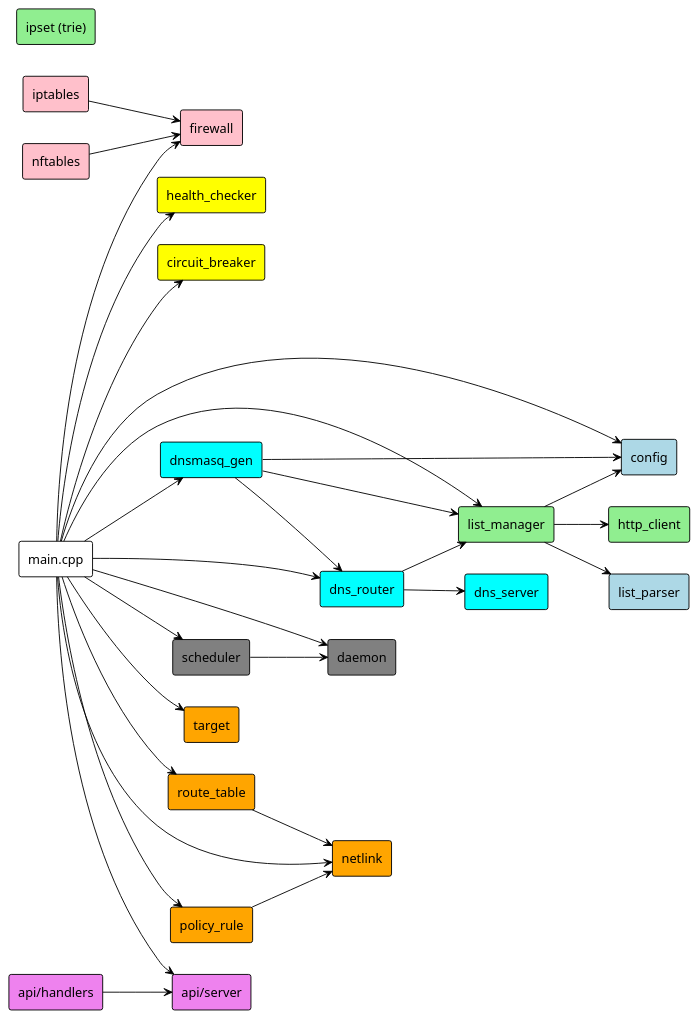
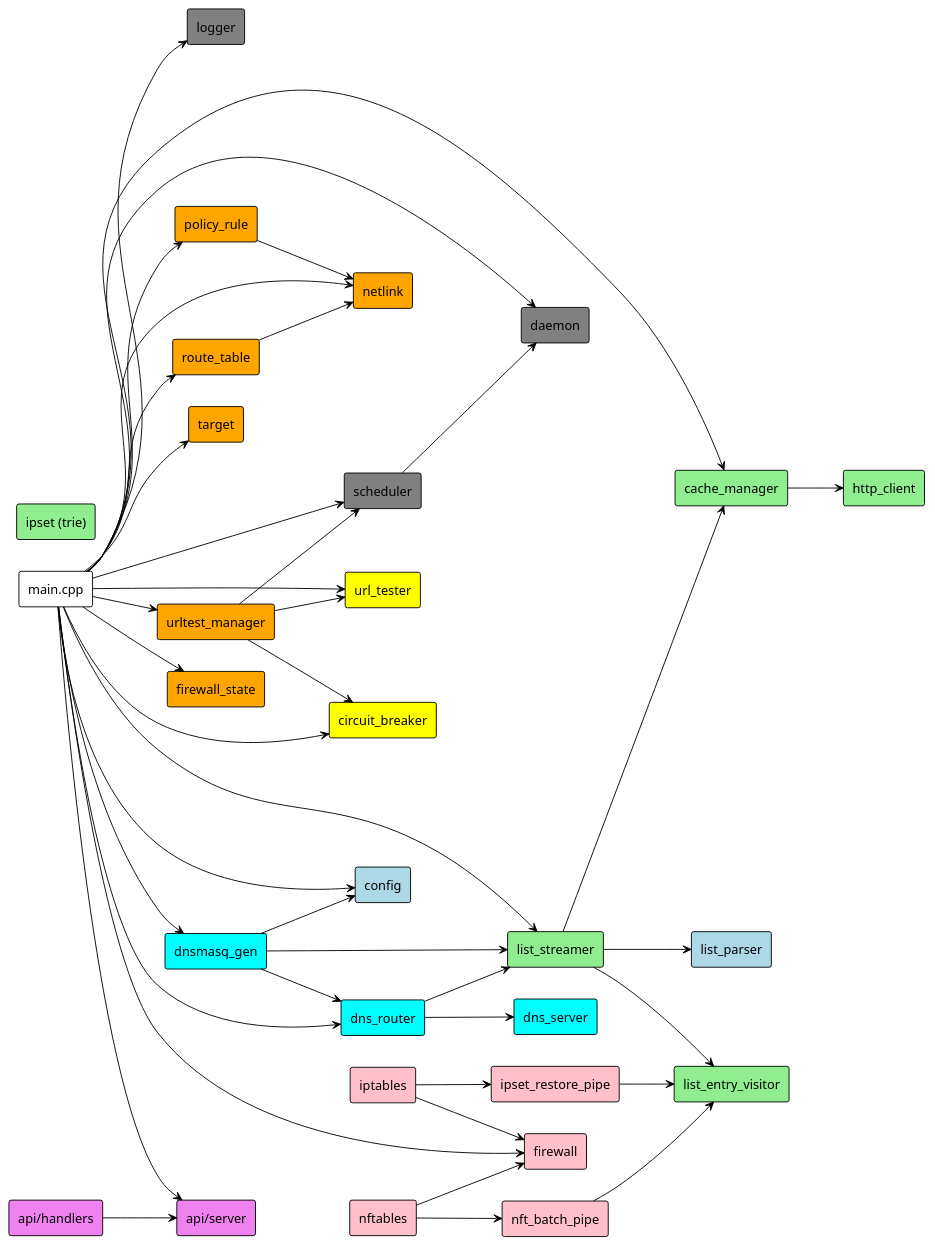
The third of 16 diagrams in STATE.md (maksimkurb/keen-pbr), drawn with PlantUML before and after one commit. The commit also changed other lines of this file and 5 other files, not shown here.

````diff
--- a/STATE.md
+++ b/STATE.md
@@ -196,65 +224,79 @@
 ```plantuml
 @startuml dependencies
 !theme plain
 skinparam backgroundColor white
 left to right direction
 
 rectangle "main.cpp" as main
 rectangle "config" as config #LightBlue
 rectangle "list_parser" as lp #LightBlue
 rectangle "http_client" as http #LightGreen
-rectangle "list_manager" as lm #LightGreen
+rectangle "cache_manager" as cache #LightGreen
+rectangle "list_streamer" as ls #LightGreen
+rectangle "list_entry_visitor" as lev #LightGreen
 rectangle "ipset (trie)" as ipset #LightGreen
 rectangle "target" as target #Orange
 rectangle "netlink" as netlink #Orange
 rectangle "route_table" as rt #Orange
 rectangle "policy_rule" as pr #Orange
+rectangle "firewall_state" as fs #Orange
+rectangle "urltest_manager" as um #Orange
 rectangle "firewall" as fw #Pink
 rectangle "iptables" as ipt #Pink
 rectangle "nftables" as nft #Pink
-rectangle "health_checker" as hc #Yellow
+rectangle "ipset_restore_pipe" as irp #Pink
+rectangle "nft_batch_pipe" as nbp #Pink
+rectangle "url_tester" as ut #Yellow
 rectangle "circuit_breaker" as cb #Yellow
 rectangle "dns_server" as ds #Cyan
 rectangle "dns_router" as dr #Cyan
 rectangle "dnsmasq_gen" as dg #Cyan
+rectangle "logger" as log #Gray
 rectangle "daemon" as daemon #Gray
 rectangle "scheduler" as sched #Gray
 rectangle "api/server" as api #Violet
 rectangle "api/handlers" as ah #Violet
 
 main --> config
-main --> lm
+main --> cache
+main --> ls
 main --> target
 main --> fw
 main --> netlink
 main --> rt
 main --> pr
-main --> hc
+main --> fs
+main --> um
+main --> ut
 main --> cb
 main --> dr
 main --> dg
+main --> log
 main --> daemon
 main --> sched
 main --> api
 
-lm --> http
-lm --> lp
-lm --> config
-
+cache --> http
+ls --> cache
+ls --> lp
+ls --> lev
 dr --> ds
-dr --> lm
-
+dr --> ls
 dg --> dr
-dg --> lm
+dg --> ls
 dg --> config
-
 rt --> netlink
 pr --> netlink
-
 ipt --> fw
+ipt --> irp
 nft --> fw
-
+nft --> nbp
+irp --> lev
+nbp --> lev
+um --> ut
+um --> cb
+um --> sched
 sched --> daemon
 ah --> api
 @enduml
 ```
````
